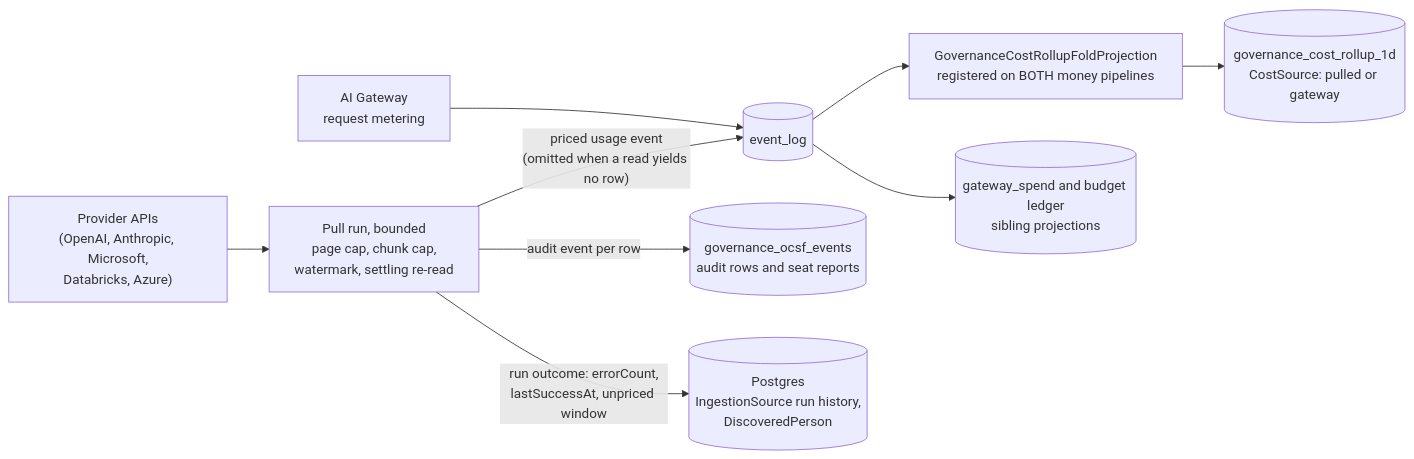
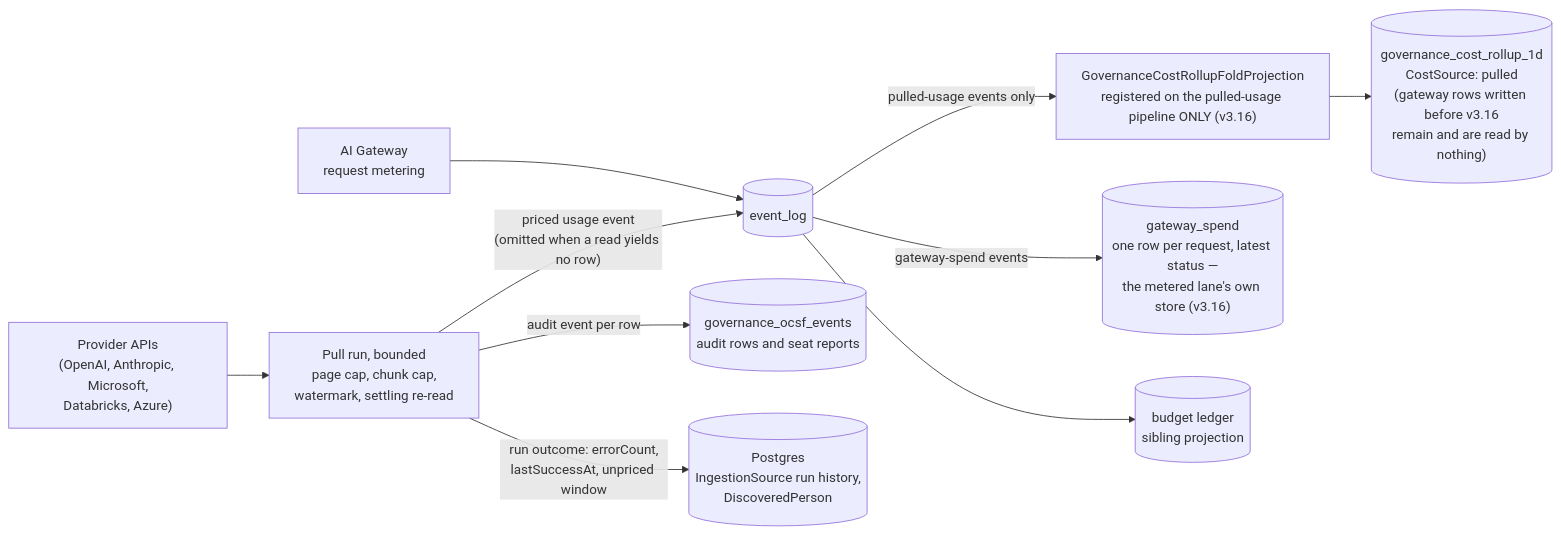
One commit to langwatch/langwatch changed the first of 2 diagrams in dev/docs/adr/128-governance-cost-and-identity-two-waves.md. Above: the diagram before and after it, drawn with Mermaid. The commit also changed other lines of this file, not shown here.

First line of the commit message:
docs(governance): ADR-128 v3.16, the metered lane reads the gateway ledger

````diff
--- a/dev/docs/adr/128-governance-cost-and-identity-two-waves.md
+++ b/dev/docs/adr/128-governance-cost-and-identity-two-waves.md
@@ -268,21 +274,23 @@
 ```mermaid
 flowchart LR
   P["Provider APIs<br/>(OpenAI, Anthropic, Microsoft,<br/>Databricks, Azure)"]
   W["Pull run, bounded<br/>page cap, chunk cap,<br/>watermark, settling re-read"]
   G["AI Gateway<br/>request metering"]
   EL[("event_log")]
-  FP["GovernanceCostRollupFoldProjection<br/>registered on BOTH money pipelines"]
-  R[("governance_cost_rollup_1d<br/>CostSource: pulled or gateway")]
+  FP["GovernanceCostRollupFoldProjection<br/>registered on the pulled-usage pipeline ONLY (v3.16)"]
+  R[("governance_cost_rollup_1d<br/>CostSource: pulled<br/>(gateway rows written before v3.16<br/>remain and are read by nothing)")]
   OE[("governance_ocsf_events<br/>audit rows and seat reports")]
-  GS[("gateway_spend and budget ledger<br/>sibling projections")]
+  GS[("gateway_spend<br/>one row per request, latest status —<br/>the metered lane's own store (v3.16)")]
+  BL[("budget ledger<br/>sibling projection")]
   PG[("Postgres<br/>IngestionSource run history,<br/>DiscoveredPerson")]
 
   P --> W
   W -->|"audit event per row"| OE
   W -->|"priced usage event<br/>(omitted when a read yields no row)"| EL
   W -->|"run outcome: errorCount,<br/>lastSuccessAt, unpriced window"| PG
   G --> EL
-  EL --> FP
-  EL --> GS
+  EL -->|"pulled-usage events only"| FP
+  EL -->|"gateway-spend events"| GS
+  EL --> BL
   FP --> R
 ```
````
